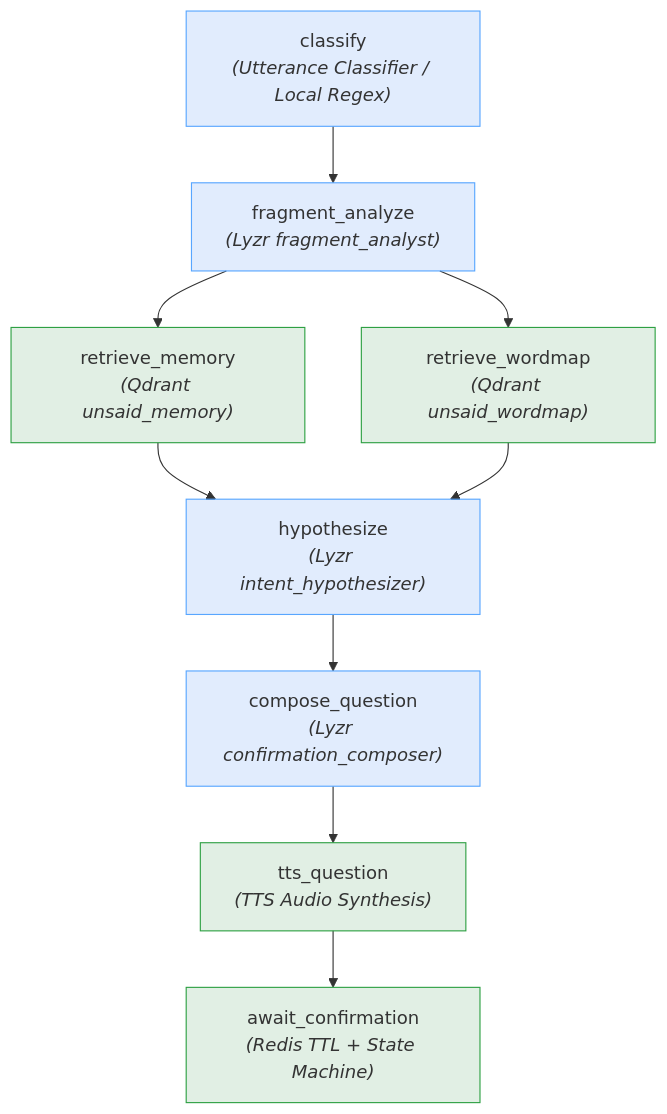
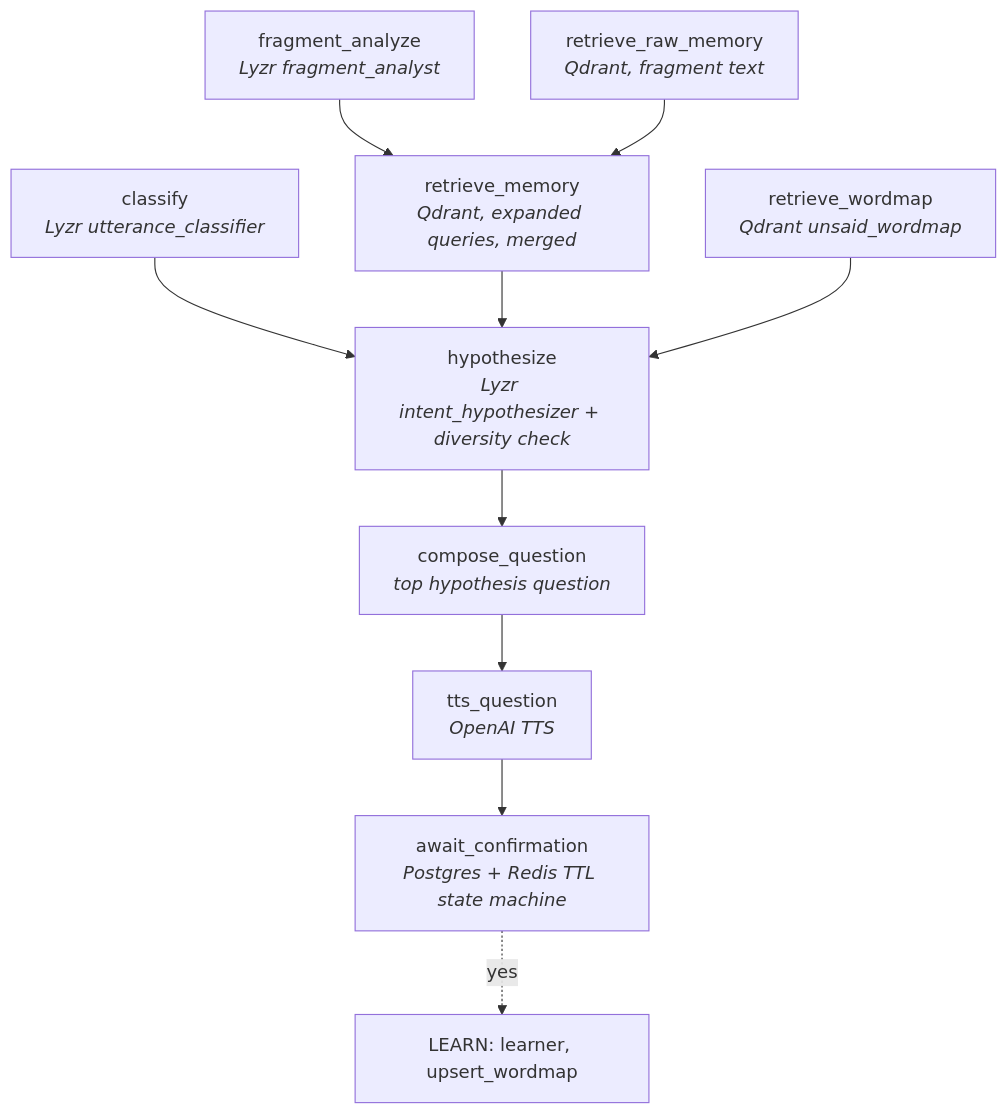
Before and after one commit to shankywho/Unsaid: the second of 2 diagrams in README.md, drawn with Mermaid. The commit also changed other lines of this file and 10 other files, not shown here.

````diff
--- a/README.md
+++ b/README.md
@@ -74,16 +75,19 @@
 ```mermaid
 graph TD
-    A["classify<br/><i>(Utterance Classifier / Local Regex)</i>"] --> B["fragment_analyze<br/><i>(Lyzr fragment_analyst)</i>"]
-    B --> C["retrieve_memory<br/><i>(Qdrant unsaid_memory)</i>"]
-    B --> D["retrieve_wordmap<br/><i>(Qdrant unsaid_wordmap)</i>"]
-    C --> E["hypothesize<br/><i>(Lyzr intent_hypothesizer)</i>"]
-    D --> E
-    E --> F["compose_question<br/><i>(Lyzr confirmation_composer)</i>"]
-    F --> G["tts_question<br/><i>(TTS Audio Synthesis)</i>"]
-    G --> H["await_confirmation<br/><i>(Redis TTL + State Machine)</i>"]
-
-    classDef agent fill:#1f6feb22,stroke:#58a6ff,stroke-width:1px;
-    classDef storage fill:#23863622,stroke:#2ea043,stroke-width:1px;
-    class A,B,E,F agent;
-    class C,D,G,H storage;
+    A["classify<br/><i>Lyzr utterance_classifier</i>"]
+    B["fragment_analyze<br/><i>Lyzr fragment_analyst</i>"]
+    R["retrieve_raw_memory<br/><i>Qdrant, fragment text</i>"]
+    W["retrieve_wordmap<br/><i>Qdrant unsaid_wordmap</i>"]
+    C["retrieve_memory<br/><i>Qdrant, expanded queries, merged</i>"]
+    E["hypothesize<br/><i>Lyzr intent_hypothesizer + diversity check</i>"]
+    F["compose_question<br/><i>top hypothesis question</i>"]
+    G["tts_question<br/><i>OpenAI TTS</i>"]
+    H["await_confirmation<br/><i>Postgres + Redis TTL state machine</i>"]
+    B --> C
+    R --> C
+    A --> E
+    C --> E
+    W --> E
+    E --> F --> G --> H
+    H -. "yes" .-> L["LEARN: learner, upsert_wordmap"]
 ```
````
